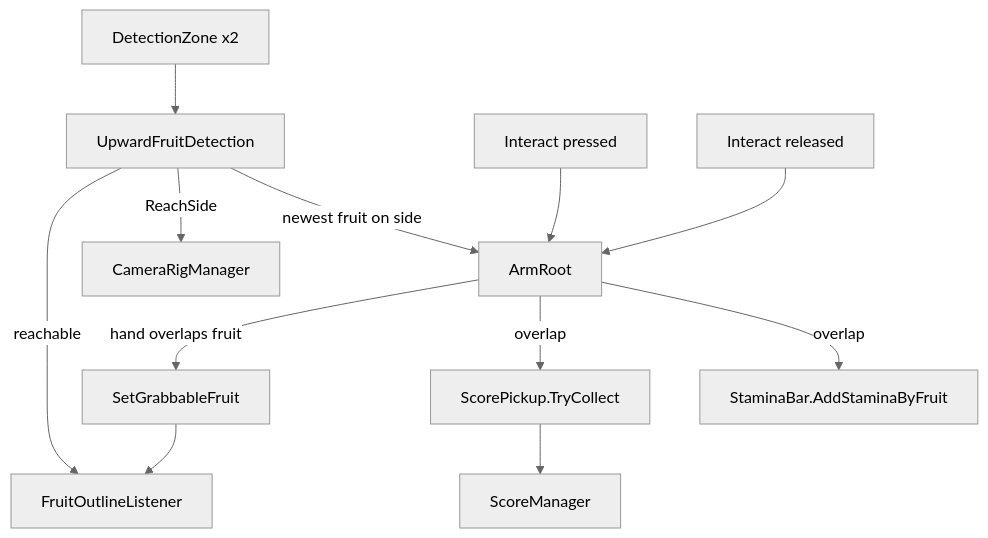
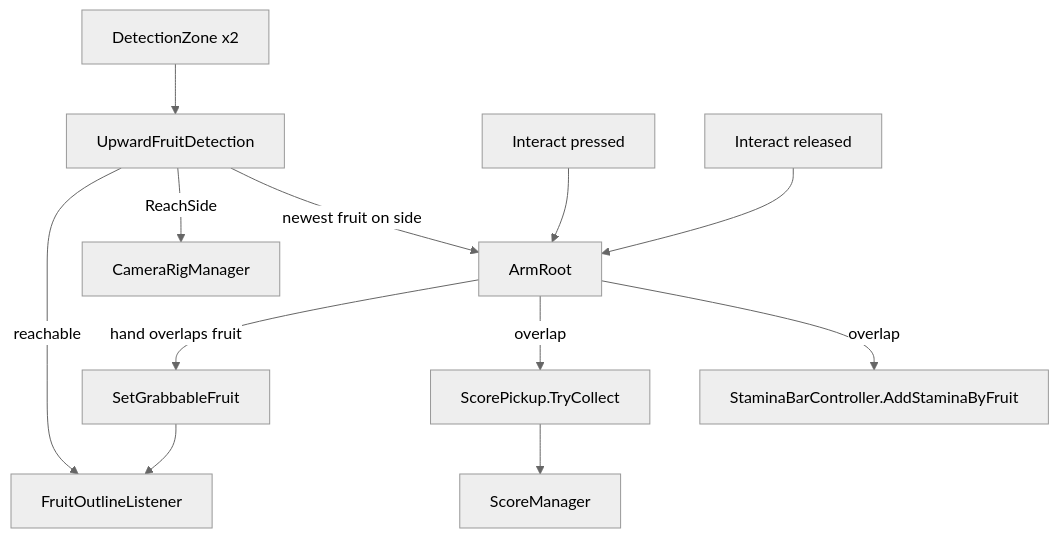
One commit to kami-lel/monkobra changed the diagram in docs/grab-doc.md. Above: the diagram before and after it, drawn with Mermaid (neutral theme). The commit also changed other lines of this file and 8 other files, not shown here.

First line of the commit message:
rename StaminaBar -> StaminaBarController; add StaminaBarAnimator for fruit-pickup punch & empty-move shake feedback

````diff
--- a/docs/grab-doc.md
+++ b/docs/grab-doc.md
@@ -7,14 +7,14 @@
 ```mermaid
 graph TD
   Zones[DetectionZone x2] --> Fruit[UpwardFruitDetection]
   Fruit -->|reachable| Outline[FruitOutlineListener]
   Fruit -->|ReachSide| Cam[CameraRigManager]
   Press[Interact pressed] --> Arm[ArmRoot]
   Fruit -->|newest fruit on side| Arm
   Arm -->|hand overlaps fruit| Grabbable[SetGrabbableFruit]
   Grabbable --> Outline
   Release[Interact released] --> Arm
   Arm -->|overlap| Pickup[ScorePickup.TryCollect]
   Pickup --> Score[ScoreManager]
-  Arm -->|overlap| Stamina[StaminaBar.AddStaminaByFruit]
+  Arm -->|overlap| Stamina[StaminaBarController.AddStaminaByFruit]
 ```
````
